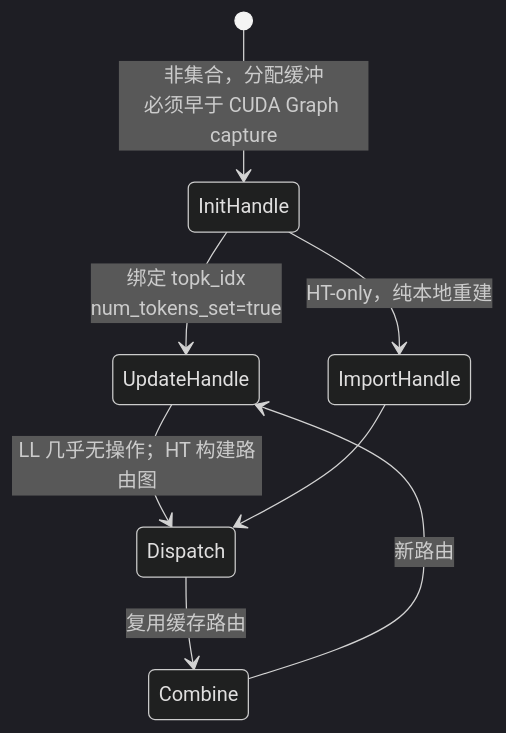
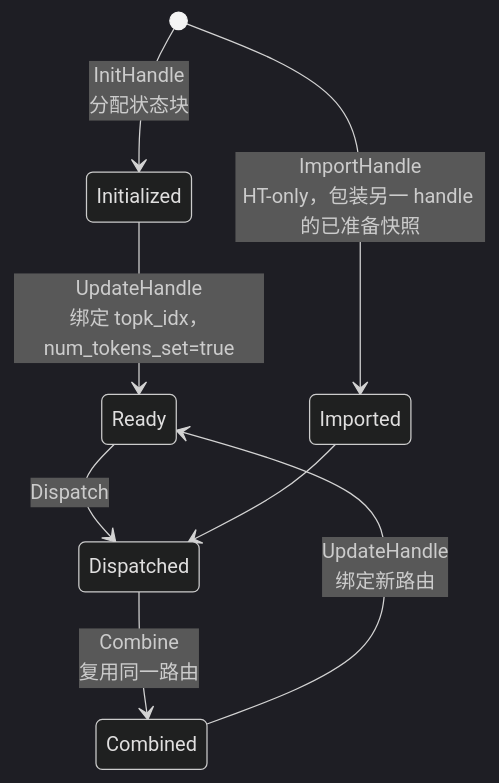
The fourth of 12 diagrams in nccl_ep/docs/design_overview.md (s0okiym/nccl-extensions), drawn with Mermaid (dark theme) before and after one commit. The commit also changed other lines of this file, not shown here.

````diff
--- a/nccl_ep/docs/design_overview.md
+++ b/nccl_ep/docs/design_overview.md
@@ -182,10 +201,10 @@
 ```mermaid
 stateDiagram-v2
-  [*] --> InitHandle: 非集合，分配缓冲<br/>必须早于 CUDA Graph capture
-  InitHandle --> UpdateHandle: 绑定 topk_idx<br/>num_tokens_set=true
-  UpdateHandle --> Dispatch: LL 几乎无操作；HT 构建路由图
-  Dispatch --> Combine: 复用缓存路由
-  Combine --> UpdateHandle: 新路由
-  InitHandle --> ImportHandle: HT-only，纯本地重建
-  ImportHandle --> Dispatch
+  [*] --> Initialized: InitHandle<br/>分配状态块
+  Initialized --> Ready: UpdateHandle<br/>绑定 topk_idx，num_tokens_set=true
+  Ready --> Dispatched: Dispatch
+  Dispatched --> Combined: Combine<br/>复用同一路由
+  Combined --> Ready: UpdateHandle<br/>绑定新路由
+  [*] --> Imported: ImportHandle<br/>HT-only，包装另一 handle 的已准备快照
+  Imported --> Dispatched
 ```
````
